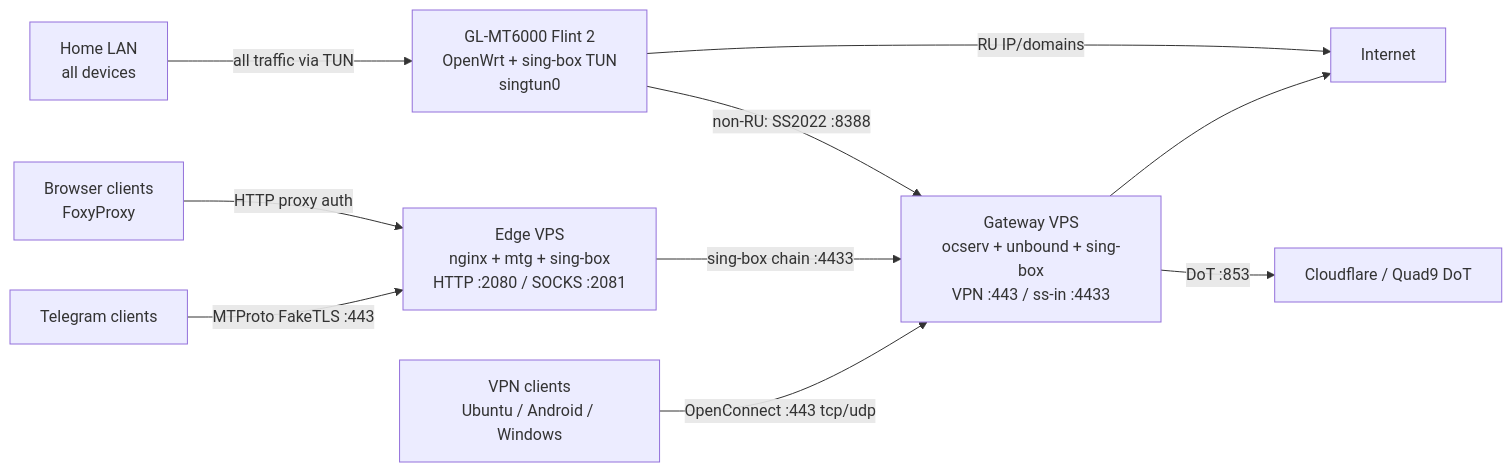
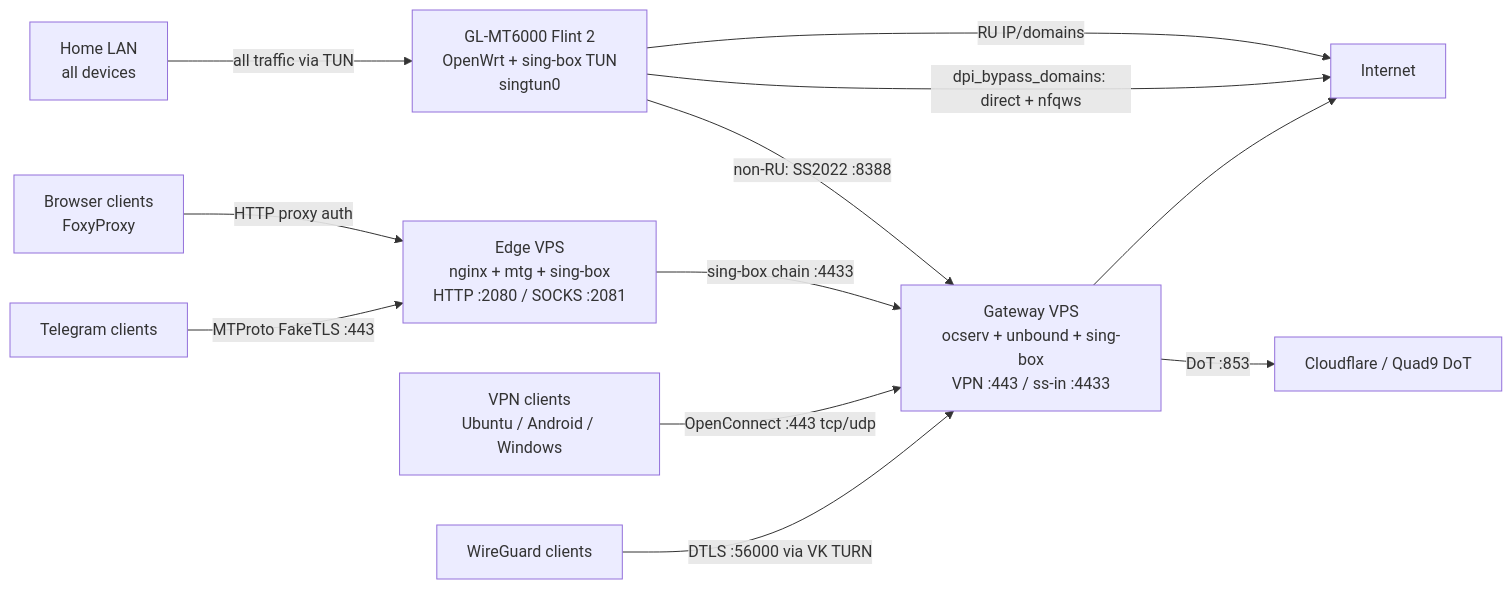
The diagram in README.md (panalex/home-vpn), drawn with Mermaid before and after one commit. The commit also changed other lines of this file and 1 other file, not shown here.

````diff
--- a/README.md
+++ b/README.md
@@ -20,23 +22,25 @@
 ```mermaid
 flowchart LR
     U1[VPN clients\nUbuntu / Android / Windows]
     U2[Browser clients\nFoxyProxy]
     U3[Telegram clients]
     U4[Home LAN\nall devices]
 
     FL[GL-MT6000 Flint 2\nOpenWrt + sing-box TUN\nsingtun0]
     RU[Edge VPS\nnginx + mtg + sing-box\nHTTP :2080 / SOCKS :2081]
     DE[Gateway VPS\nocserv + unbound + sing-box\nVPN :443 / ss-in :4433]
     NET[Internet]
     DNS[Cloudflare / Quad9 DoT]
 
     U4 -->|all traffic via TUN| FL
     FL -->|RU IP/domains| NET
+    FL -->|dpi_bypass_domains: direct + nfqws| NET
     FL -->|non-RU: SS2022 :8388| DE
     U2 -->|HTTP proxy auth| RU
     U3 -->|MTProto FakeTLS :443| RU
     RU -->|sing-box chain :4433| DE
     U1 -->|OpenConnect :443 tcp/udp| DE
+    U5[WireGuard clients] -->|DTLS :56000 via VK TURN| DE
     DE --> NET
     DE -->|DoT :853| DNS
 ```
````
